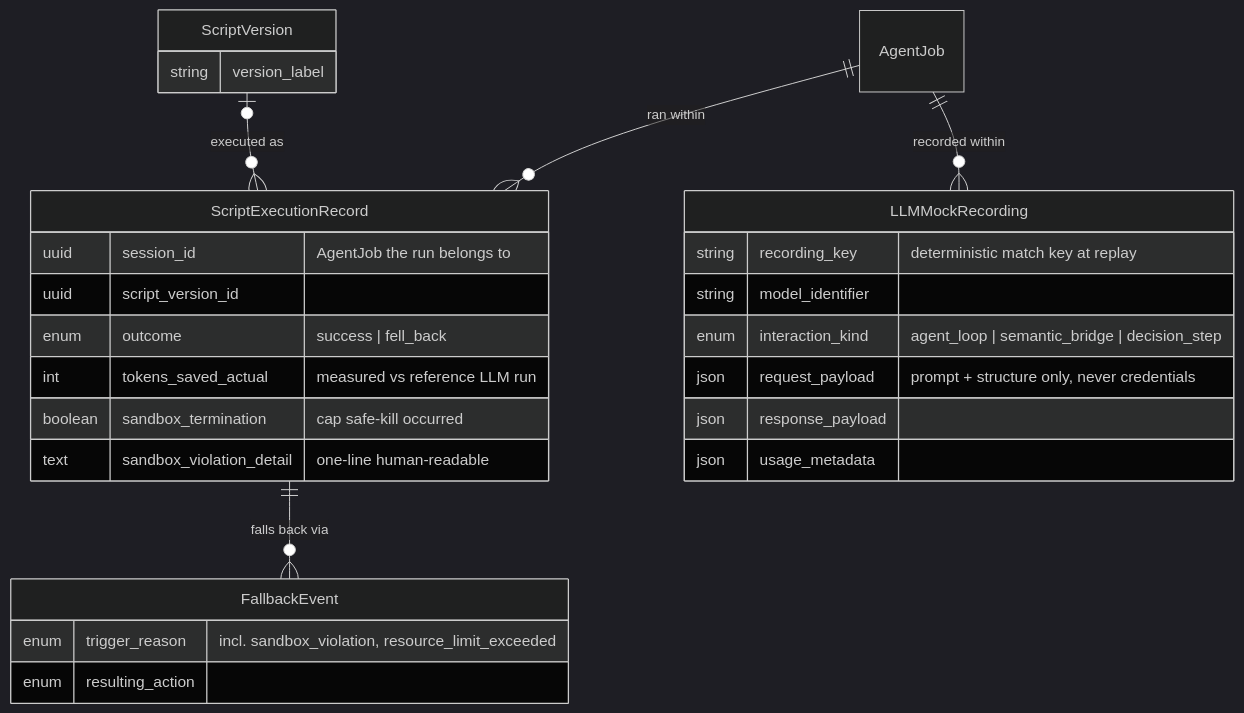
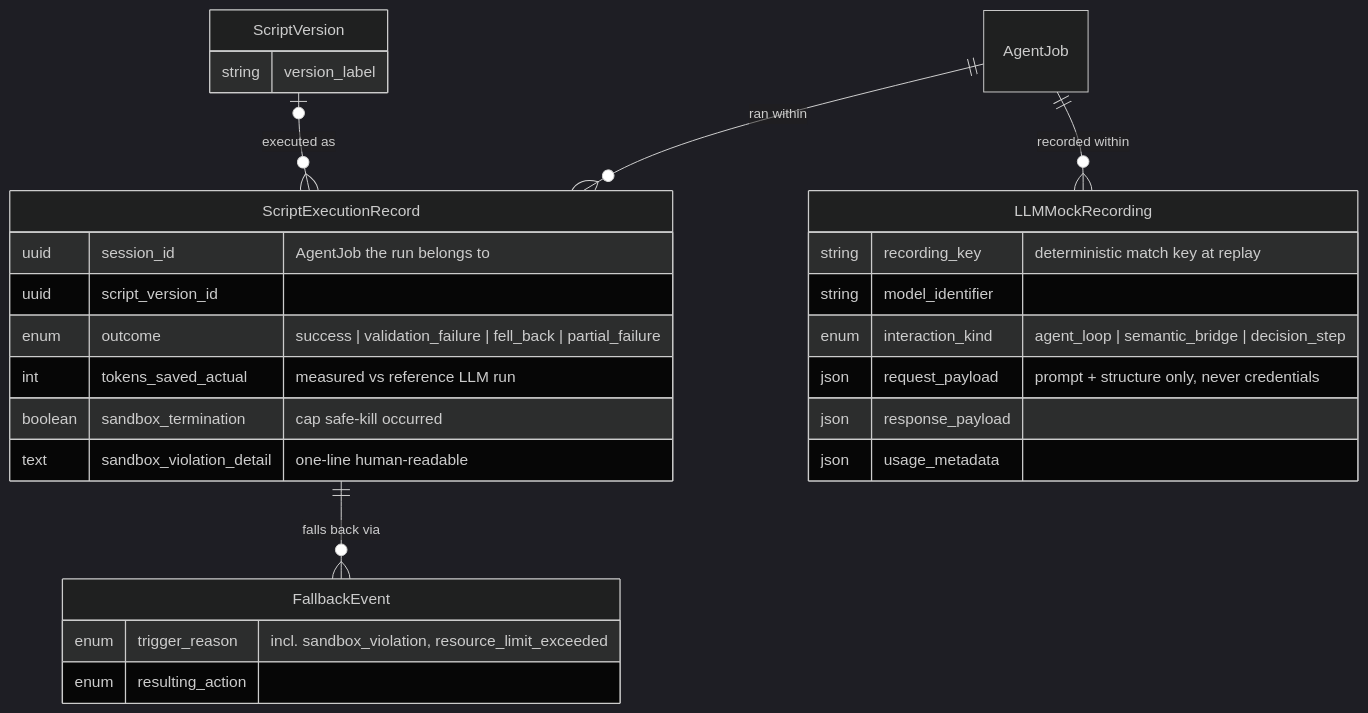
One commit to hurungang/parthenon changed the second of 2 diagrams in docs/master/data-model/modules/operations/entities.md. Above: the diagram before and after it, drawn with Mermaid (dark theme). The commit also changed other lines of this file and 269 other files, not shown here.

````diff
--- a/docs/master/data-model/modules/operations/entities.md
+++ b/docs/master/data-model/modules/operations/entities.md
@@ -118,30 +118,30 @@
 ```mermaid
 erDiagram
     AgentJob ||--o{ ScriptExecutionRecord : "ran within"
     ScriptExecutionRecord ||--o{ FallbackEvent : "falls back via"
     ScriptVersion |o--o{ ScriptExecutionRecord : "executed as"
     AgentJob ||--o{ LLMMockRecording : "recorded within"
     ScriptVersion {
         string version_label
     }
     ScriptExecutionRecord {
         uuid session_id "AgentJob the run belongs to"
         uuid script_version_id
-        enum outcome "success | fell_back"
+        enum outcome "success | validation_failure | fell_back | partial_failure"
         int tokens_saved_actual "measured vs reference LLM run"
         boolean sandbox_termination "cap safe-kill occurred"
         text sandbox_violation_detail "one-line human-readable"
     }
     FallbackEvent {
         enum trigger_reason "incl. sandbox_violation, resource_limit_exceeded"
         enum resulting_action
     }
     LLMMockRecording {
         string recording_key "deterministic match key at replay"
         string model_identifier
         enum interaction_kind "agent_loop | semantic_bridge | decision_step"
         json request_payload "prompt + structure only, never credentials"
         json response_payload
         json usage_metadata
     }
 ```
````
